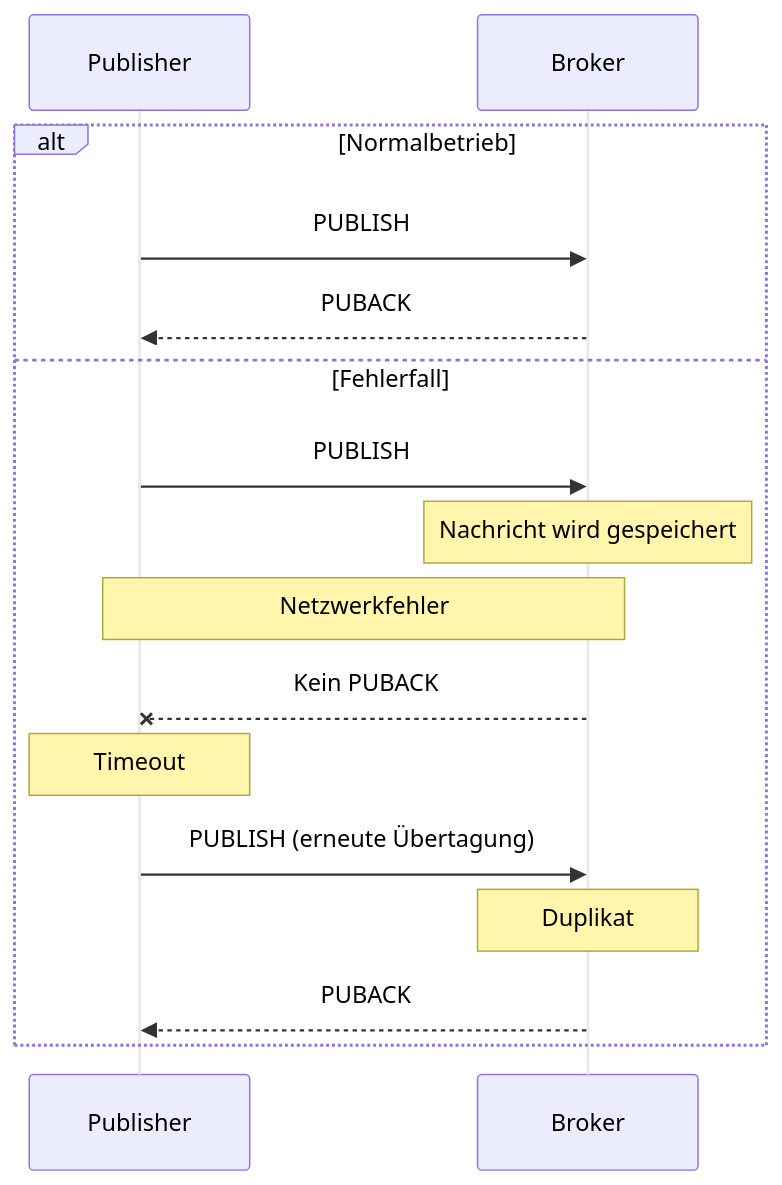
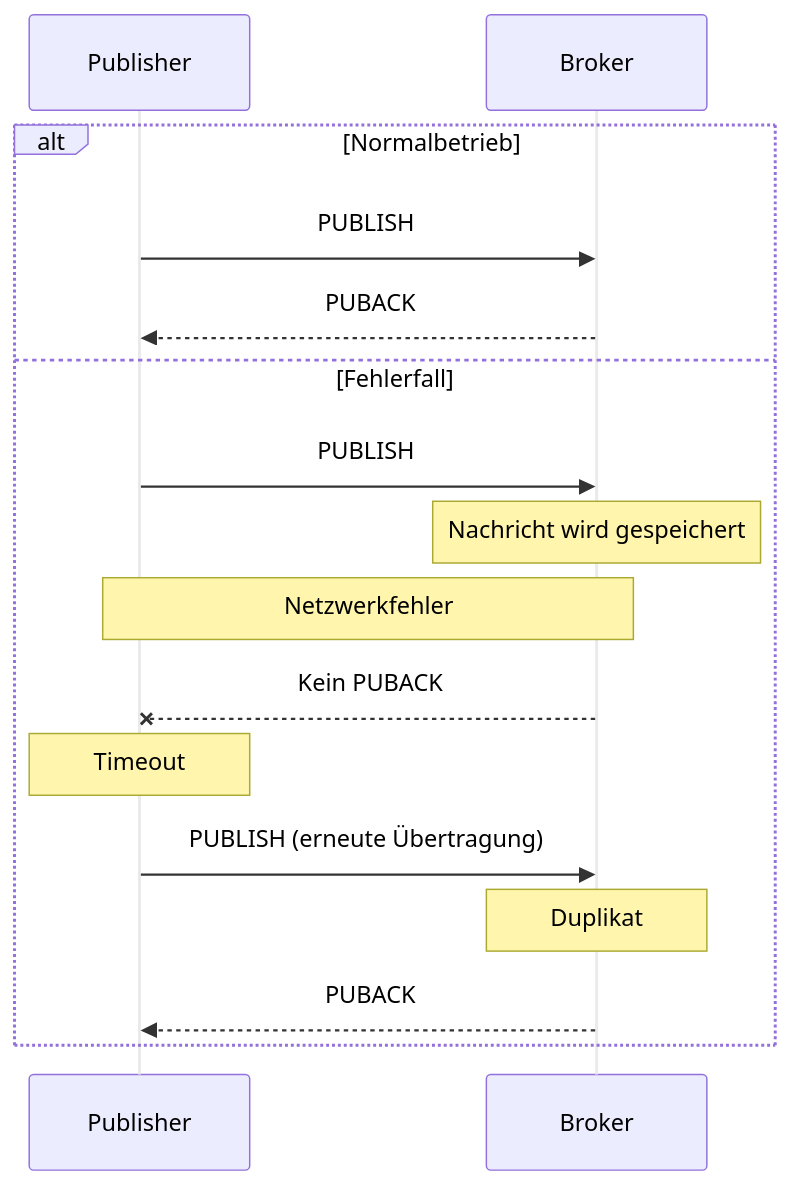
Before and after one commit to JadKHaddad/MT: the diagram in mermaid/mqtt_qos_1.mmd, drawn with Mermaid. The commit also changed 21 other files, not shown here.

```diff
--- a/mermaid/mqtt_qos_1.mmd
+++ b/mermaid/mqtt_qos_1.mmd
@@ -1,18 +1,18 @@
 %%{init: { 'themeVariables': { 'actorLineColor': '#EAEAEA', 'signalTextColor': '#000000' } } }%%
 sequenceDiagram
     participant Client as Publisher
     participant Broker as Broker
 
     alt Normalbetrieb
         Client->>Broker: PUBLISH
         Broker-->>Client: PUBACK
     else Fehlerfall
         Client->>Broker: PUBLISH
         Note over Broker: Nachricht wird gespeichert
         Note over Client,Broker: Netzwerkfehler
         Broker--xClient: Kein PUBACK
         Note over Client: Timeout
-        Client->>Broker: PUBLISH (erneute Übertagung)
+        Client->>Broker: PUBLISH (erneute Übertragung)
         Note over Broker: Duplikat
         Broker-->>Client: PUBACK
     end
```
